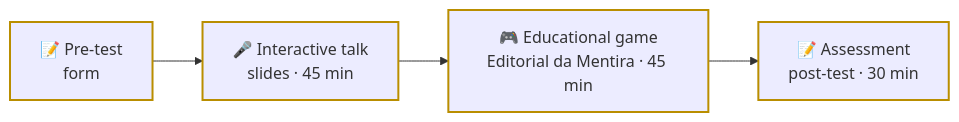
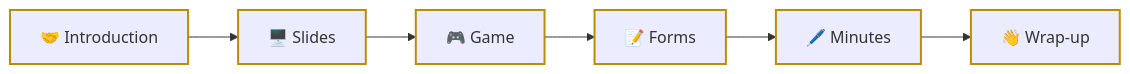
The third of 3 diagrams in README.en.md (DaviPerrelli15/editorial-da-mentira), drawn with Mermaid before and after one commit. The commit also changed other lines of this file and 5 other files, not shown here.

````diff
--- a/README.en.md
+++ b/README.en.md
@@ -199,8 +205,10 @@
 ```mermaid
 flowchart LR
-  A["📝 Pre-test<br/>form"] --> B["🎤 Interactive talk<br/>slides · 45 min"]
-  B --> C["🎮 Educational game<br/>Editorial da Mentira · 45 min"]
-  C --> D["📝 Assessment<br/>post-test · 30 min"]
+  A["🤝 Introduction"] --> B["🖥️ Slides"]
+  B --> C["🎮 Game"]
+  C --> D["📝 Forms"]
+  D --> E["🖊️ Minutes"]
+  E --> F["👋 Wrap-up"]
   classDef etapa stroke:#B98E00,stroke-width:2px
-  class A,B,C,D etapa
+  class A,B,C,D,E,F etapa
 ```
````
